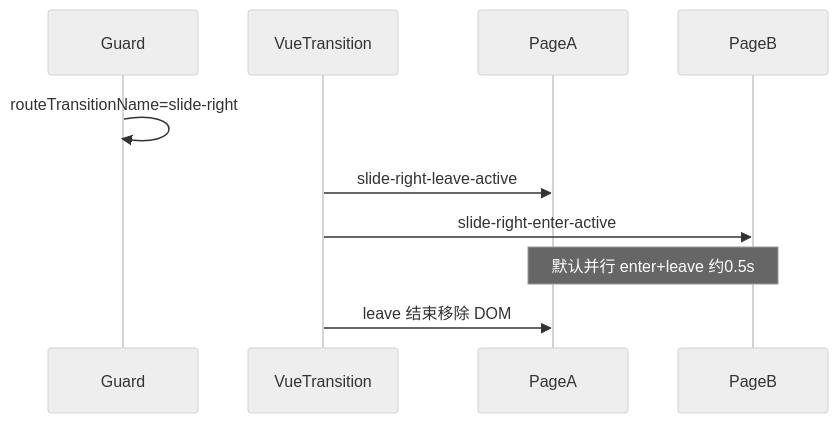
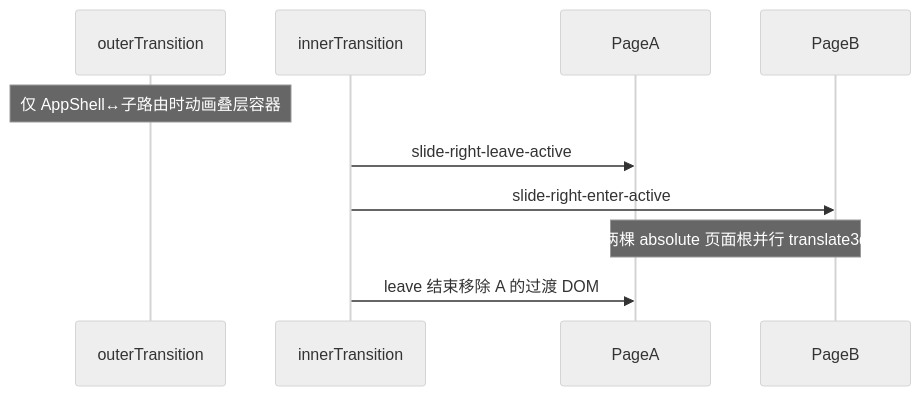
The diagram in skills/spa-native-app-framework/references/transition-animation.md (DiclZYY/code-helper-skills), drawn with Mermaid (neutral theme) before and after one commit. The commit also changed other lines of this file and 3 other files, not shown here.

Commit message:
docs(skill): dual transition roles and absolute page roots for stack animation

````diff
--- a/skills/spa-native-app-framework/references/transition-animation.md
+++ b/skills/spa-native-app-framework/references/transition-animation.md
@@ -78,13 +107,13 @@
 ```mermaid
 sequenceDiagram
-  participant Guard
-  participant Trans as VueTransition
+  participant Outer as outerTransition
+  participant Inner as innerTransition
   participant PageA
   participant PageB
 
-  Guard->>Guard: routeTransitionName=slide-right
-  Trans->>PageA: slide-right-leave-active
-  Trans->>PageB: slide-right-enter-active
-  Note over PageA,PageB: 默认并行 enter+leave 约0.5s
-  Trans->>PageA: leave 结束移除 DOM
+  Note over Outer: 仅 AppShell↔子路由时动画叠层容器
+  Inner->>PageA: slide-right-leave-active
+  Inner->>PageB: slide-right-enter-active
+  Note over PageA,PageB: 两棵 absolute 页面根并行 translate3d
+  Inner->>PageA: leave 结束移除 A 的过渡 DOM
 ```
````
